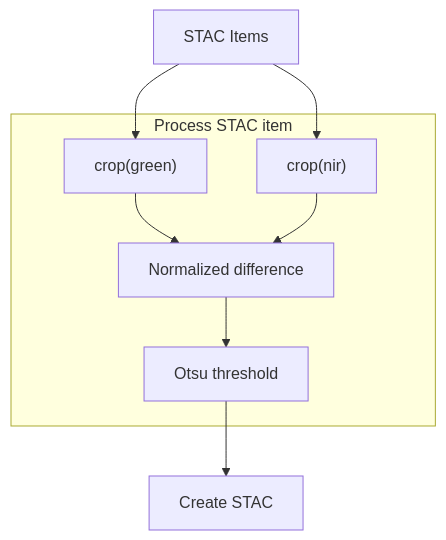
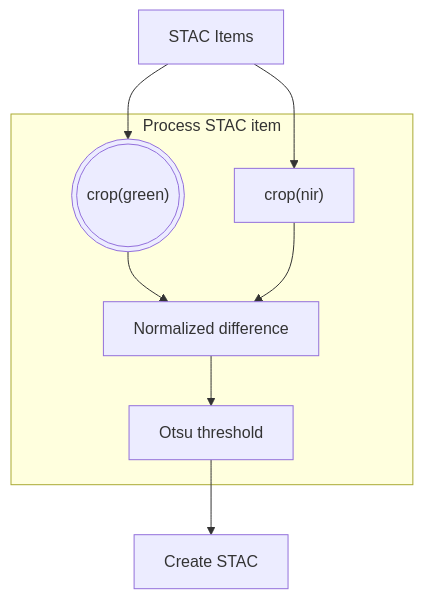
The diagram in docs/app/app.md (Terradue/app-package-training-bids23), drawn with Mermaid before and after one commit.

````diff
--- a/docs/app/app.md
+++ b/docs/app/app.md
@@ -32,11 +32,11 @@
 ``` mermaid
 graph TB
   A[STAC Items] --> B
   A[STAC Items] --> C
 subgraph Process STAC item
-  B["crop(green)"] --> D[Normalized difference];
+  B((("crop(green)"))) --> D[Normalized difference];
   C["crop(nir)"] --> D[Normalized difference];
   D --> E[Otsu threshold]
 end
   E --> F[Create STAC]
 ```
````
